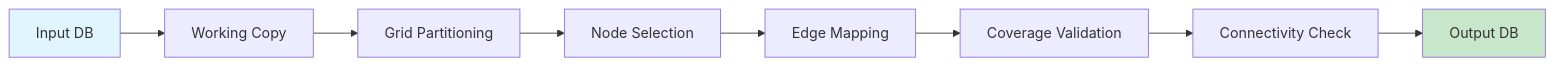
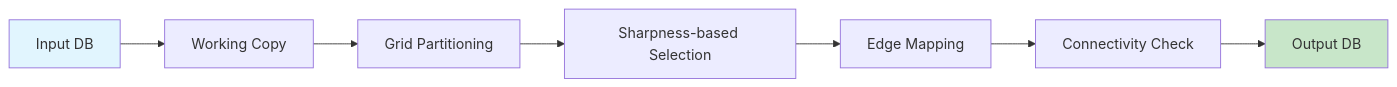
Before and after one commit to Skwangles/AT-bus-tracker: the second of 3 diagrams in Apps/GraphProcessor/README.md, drawn with Mermaid. The commit also changed other lines of this file and 26 other files, not shown here.

Commit message:
feat: update the graph pruner to use sharpness and point other_nodes at the selected node

````diff
--- a/Apps/GraphProcessor/README.md
+++ b/Apps/GraphProcessor/README.md
@@ -66,13 +48,12 @@
 ```mermaid
 flowchart LR
     A[Input DB] --> B[Working Copy]
     B --> C[Grid Partitioning]
-    C --> D[Node Selection]
+    C --> D[Sharpness-based Selection]
     D --> E[Edge Mapping]
-    E --> F[Coverage Validation]
-    F --> G[Connectivity Check]
-    G --> H[Output DB]
+    E --> F[Connectivity Check]
+    F --> G[Output DB]
     
     style A fill:#e1f5fe
-    style H fill:#c8e6c9
+    style G fill:#c8e6c9
 ```
````
